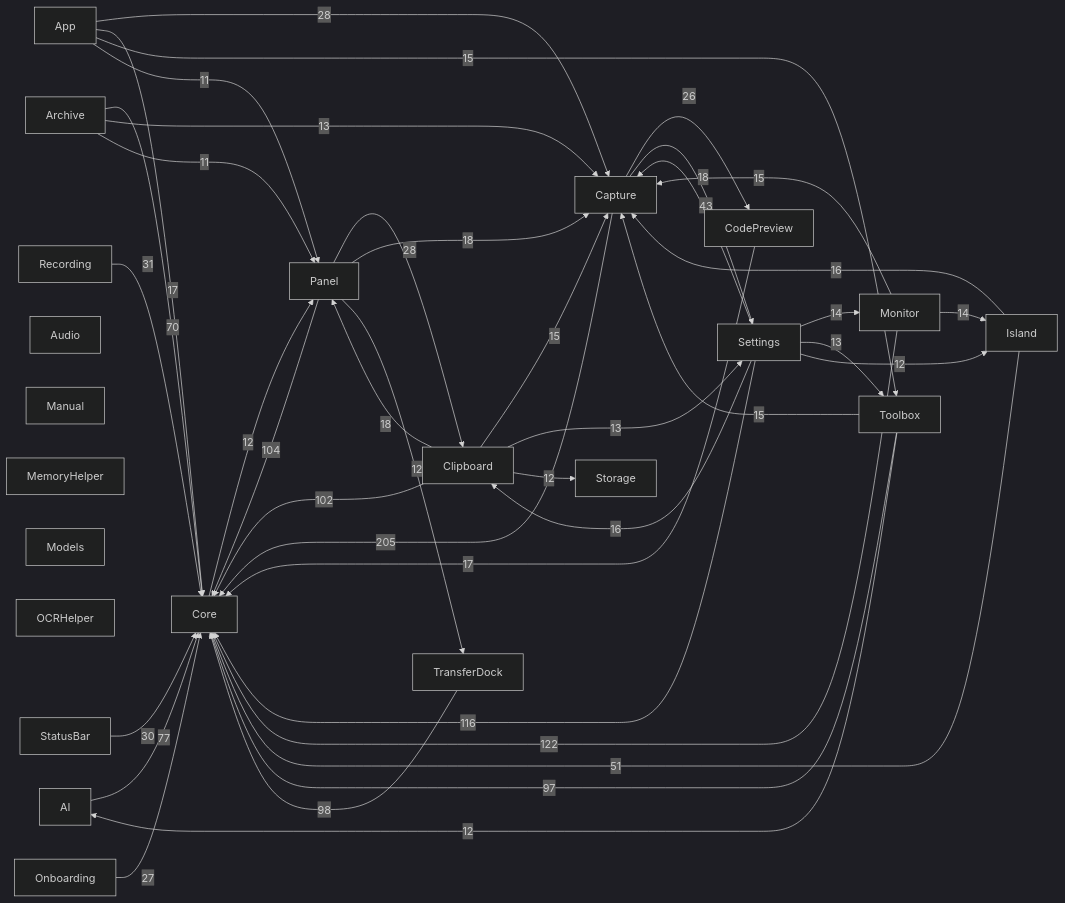
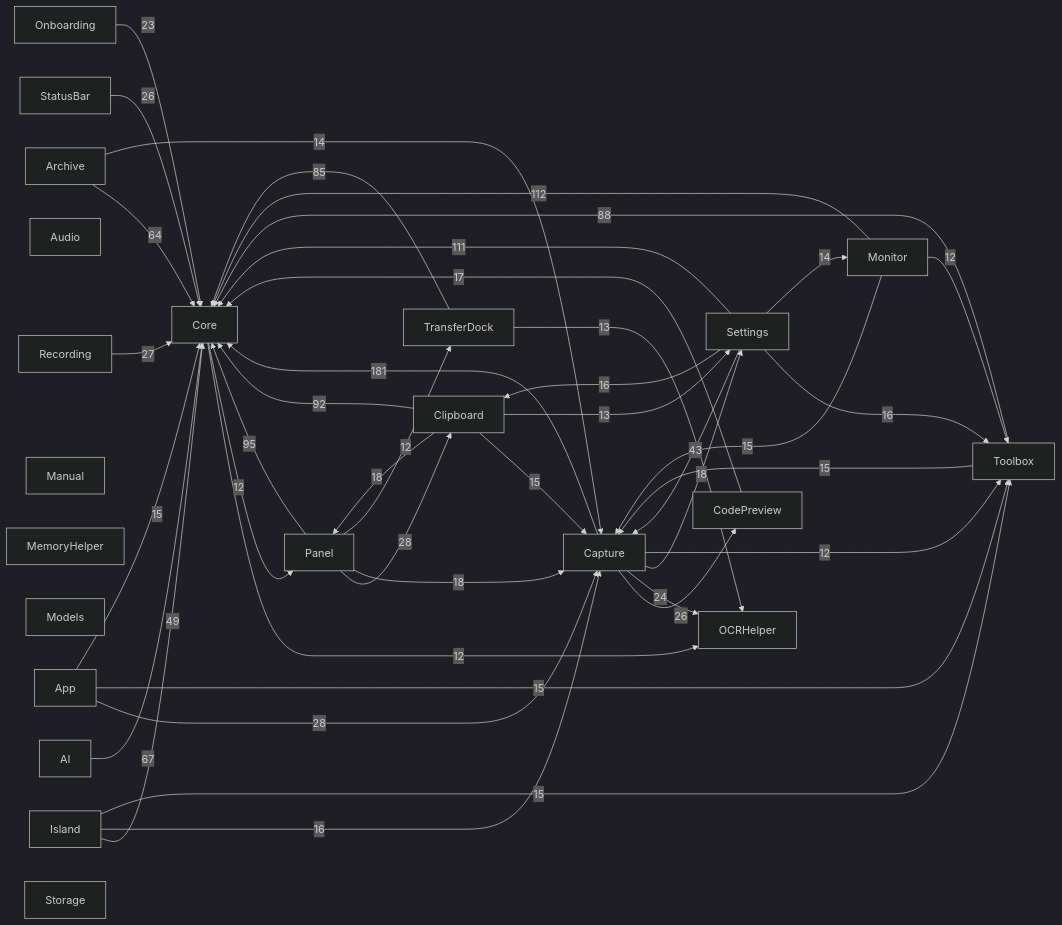
One commit to sxyq/Kitnest changed the diagram in docs/00-总览/模块依赖图.md. Above: the diagram before and after it, drawn with Mermaid (dark theme). The commit also changed other lines of this file and 8 other files, not shown here.

````diff
--- a/docs/00-总览/模块依赖图.md
+++ b/docs/00-总览/模块依赖图.md
@@ -36,65 +36,65 @@
 ```mermaid
 flowchart LR
   M0["AI"]
   M1["App"]
   M2["Archive"]
   M3["Audio"]
   M4["Capture"]
   M5["Clipboard"]
   M6["CodePreview"]
   M7["Core"]
   M8["Island"]
   M9["Manual"]
   M10["MemoryHelper"]
   M11["Models"]
   M12["Monitor"]
   M13["OCRHelper"]
   M14["Onboarding"]
   M15["Panel"]
   M16["Recording"]
   M17["Settings"]
   M18["StatusBar"]
   M19["Storage"]
   M20["Toolbox"]
   M21["TransferDock"]
-  M4 -->|205| M7
-  M12 -->|122| M7
-  M17 -->|116| M7
-  M15 -->|104| M7
-  M5 -->|102| M7
-  M21 -->|98| M7
-  M20 -->|97| M7
-  M0 -->|77| M7
-  M2 -->|70| M7
-  M8 -->|51| M7
+  M4 -->|181| M7
+  M12 -->|112| M7
+  M17 -->|111| M7
+  M15 -->|95| M7
+  M5 -->|92| M7
+  M20 -->|88| M7
+  M21 -->|85| M7
+  M0 -->|67| M7
+  M2 -->|64| M7
+  M8 -->|49| M7
   M17 -->|43| M4
-  M16 -->|31| M7
-  M18 -->|30| M7
   M1 -->|28| M4
   M15 -->|28| M5
-  M14 -->|27| M7
+  M16 -->|27| M7
   M4 -->|26| M6
+  M18 -->|26| M7
+  M4 -->|24| M13
+  M14 -->|23| M7
   M4 -->|18| M17
+  M15 -->|18| M4
   M5 -->|18| M15
-  M15 -->|18| M4
-  M1 -->|17| M7
   M6 -->|17| M7
+  M17 -->|16| M20
+  M17 -->|16| M5
   M8 -->|16| M4
-  M17 -->|16| M5
   M1 -->|15| M20
-  M5 -->|15| M4
+  M1 -->|15| M7
   M12 -->|15| M4
   M20 -->|15| M4
-  M12 -->|14| M8
+  M8 -->|15| M20
+  M5 -->|15| M4
   M17 -->|14| M12
-  M2 -->|13| M4
+  M2 -->|14| M4
+  M21 -->|13| M13
   M5 -->|13| M17
-  M17 -->|13| M20
+  M7 -->|12| M13
   M7 -->|12| M15
-  M5 -->|12| M19
+  M4 -->|12| M20
+  M12 -->|12| M20
   M15 -->|12| M21
-  M17 -->|12| M8
-  M20 -->|12| M0
-  M1 -->|11| M15
-  M2 -->|11| M15
 ```
````
